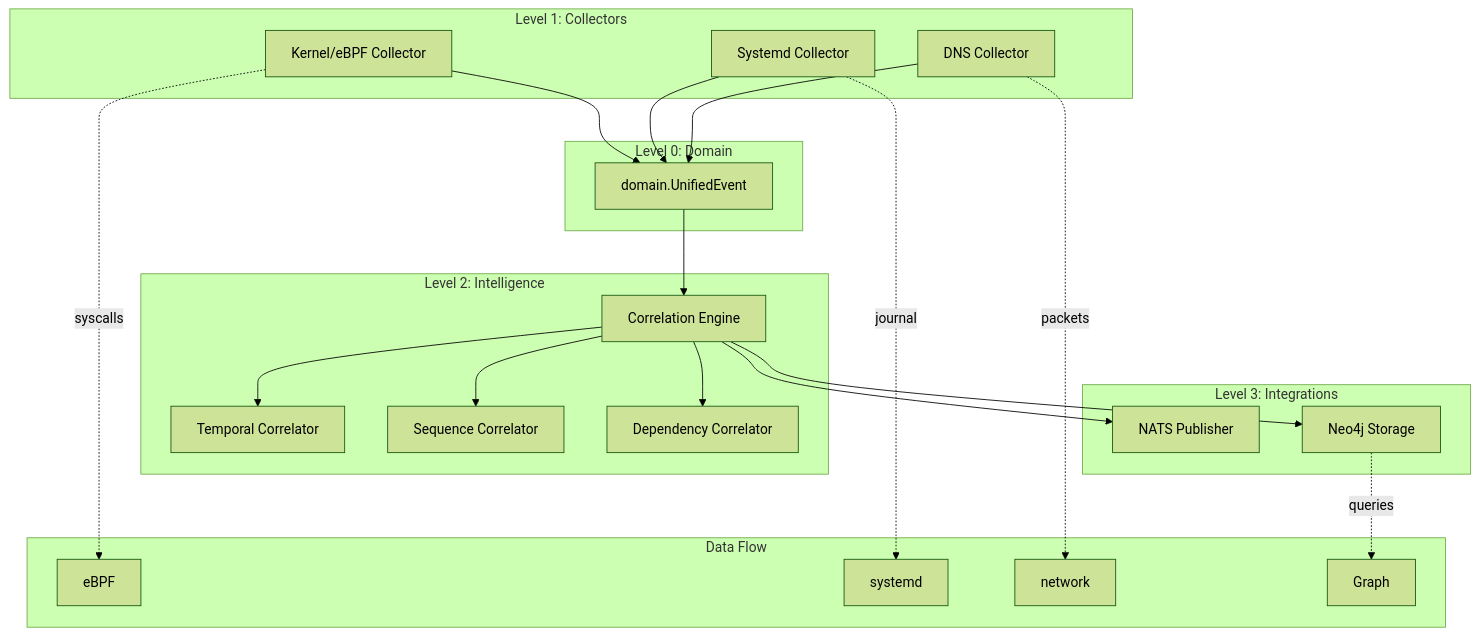
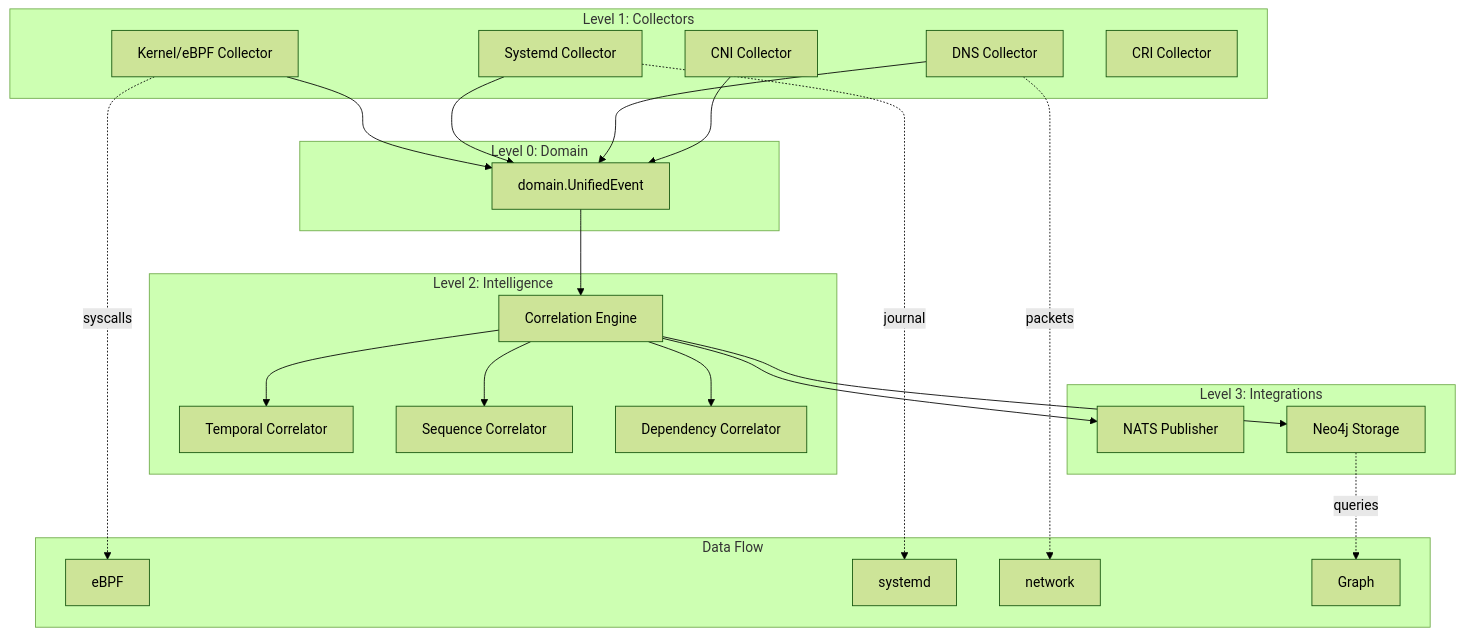
One commit to yairfalse/tapio changed the diagram in README.md. Above: the diagram before and after it, drawn with Mermaid (forest theme).

````diff
--- a/README.md
+++ b/README.md
@@ -16,40 +16,44 @@
 ```mermaid
 graph TD
     subgraph "Level 0: Domain"
         D[domain.UnifiedEvent]
     end
     
     subgraph "Level 1: Collectors"
         K[Kernel/eBPF Collector]
         S[Systemd Collector]
         DNS[DNS Collector]
+        CNI[CNI Collector]
+        CRI[CRI Collector]
+
         K --> D
         S --> D
         DNS --> D
+        CNI --> D
     end
     
     subgraph "Level 2: Intelligence"
         CE[Correlation Engine]
         TC[Temporal Correlator]
         SC[Sequence Correlator]
         DC[Dependency Correlator]
         D --> CE
         CE --> TC
         CE --> SC
         CE --> DC
     end
     
     subgraph "Level 3: Integrations"
         NATS[NATS Publisher]
         NEO[Neo4j Storage]
         CE --> NATS
         CE --> NEO
     end
     
     subgraph "Data Flow"
         K -.->|syscalls| eBPF
         S -.->|journal| systemd
         DNS -.->|packets| network
         NEO -.->|queries| Graph
     end
 ```
````
